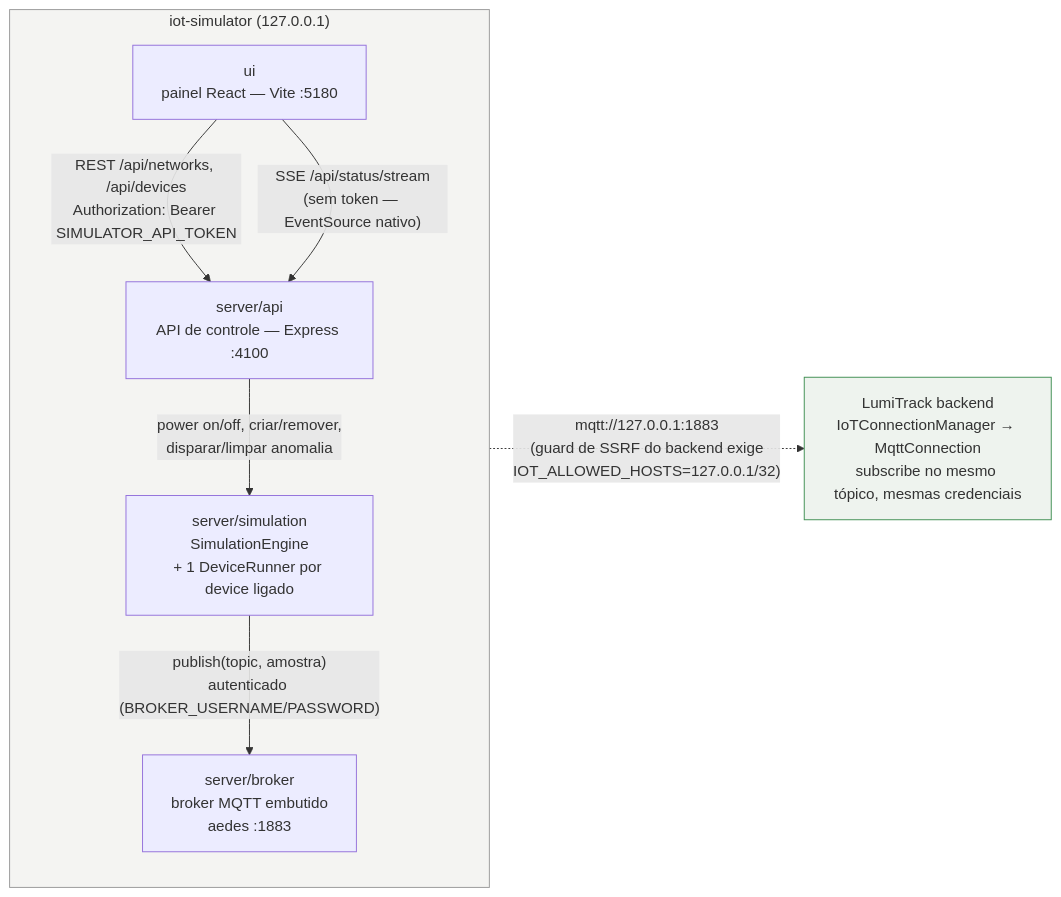
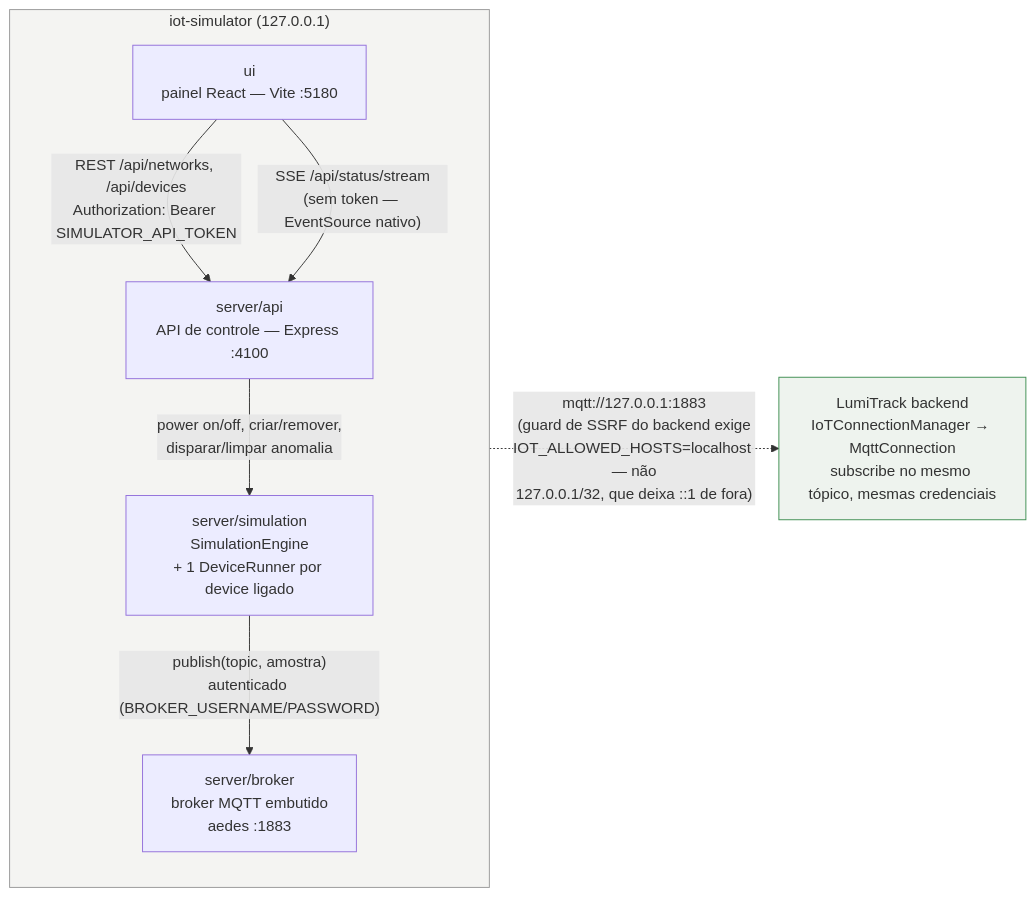
The first of 4 diagrams in iot-simulator/README.md (viniciussartini/lumitrack), drawn with Mermaid before and after one commit. The commit also changed 8 other files, not shown here.

````diff
--- a/iot-simulator/README.md
+++ b/iot-simulator/README.md
@@ -30,22 +30,22 @@
 ```mermaid
 flowchart LR
     subgraph SIM["iot-simulator (127.0.0.1)"]
         direction TB
         UI["ui\npainel React — Vite :5180"]
         API["server/api\nAPI de controle — Express :4100"]
         ENGINE["server/simulation\nSimulationEngine\n+ 1 DeviceRunner por device ligado"]
         BROKER["server/broker\nbroker MQTT embutido\naedes :1883"]
 
         UI -- "REST /api/networks, /api/devices\nAuthorization: Bearer SIMULATOR_API_TOKEN" --> API
         UI -- "SSE /api/status/stream\n(sem token — EventSource nativo)" --> API
         API -- "power on/off, criar/remover,\ndisparar/limpar anomalia" --> ENGINE
         ENGINE -- "publish(topic, amostra)\nautenticado (BROKER_USERNAME/PASSWORD)" --> BROKER
     end
 
     BACKEND["LumiTrack backend\nIoTConnectionManager → MqttConnection\nsubscribe no mesmo tópico, mesmas credenciais"]
 
-    BROKER -. "mqtt://127.0.0.1:1883\n(guard de SSRF do backend exige\nIOT_ALLOWED_HOSTS=127.0.0.1/32)" .-> BACKEND
+    BROKER -. "mqtt://127.0.0.1:1883\n(guard de SSRF do backend exige\nIOT_ALLOWED_HOSTS=localhost — não\n127.0.0.1/32, que deixa ::1 de fora)" .-> BACKEND
 
     style SIM fill:#f4f4f2,stroke:#999
     style BACKEND fill:#eef3ee,stroke:#3f8f52
 ```
````
